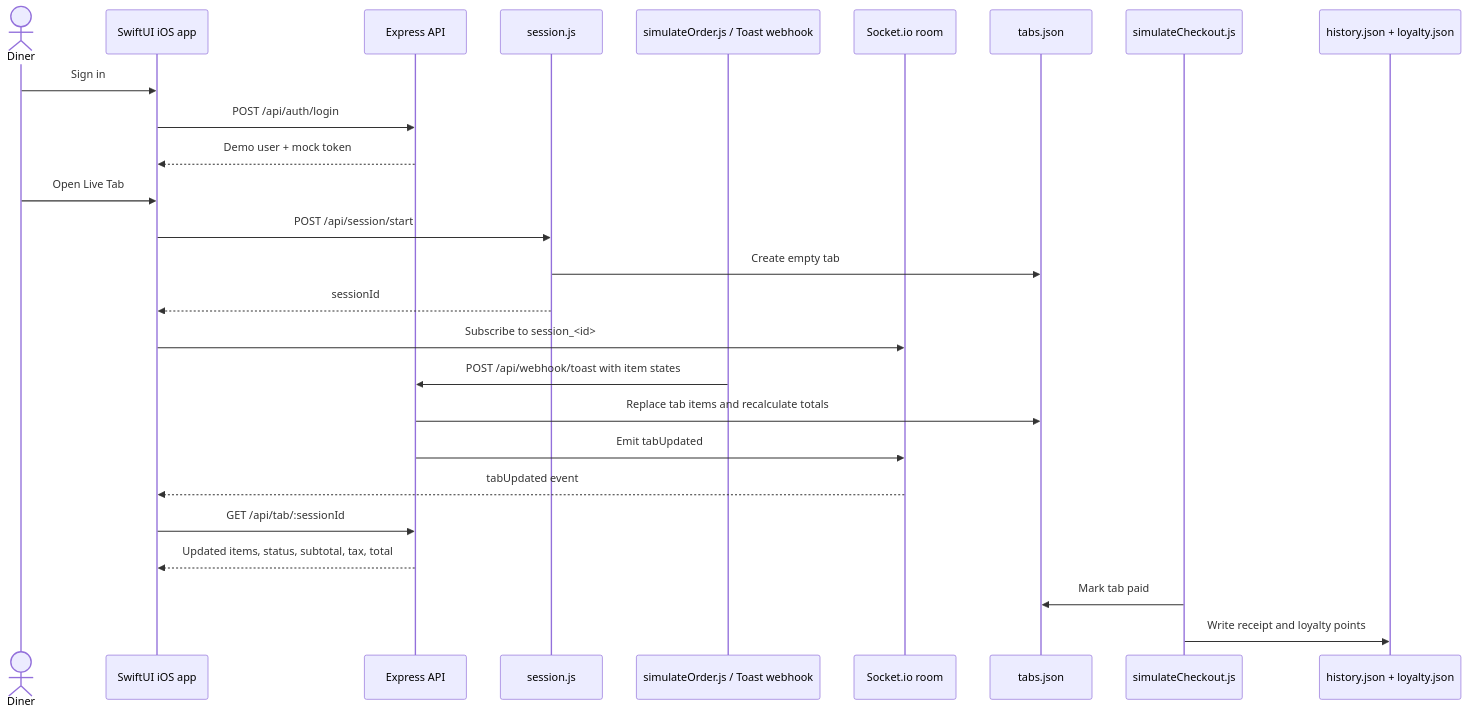
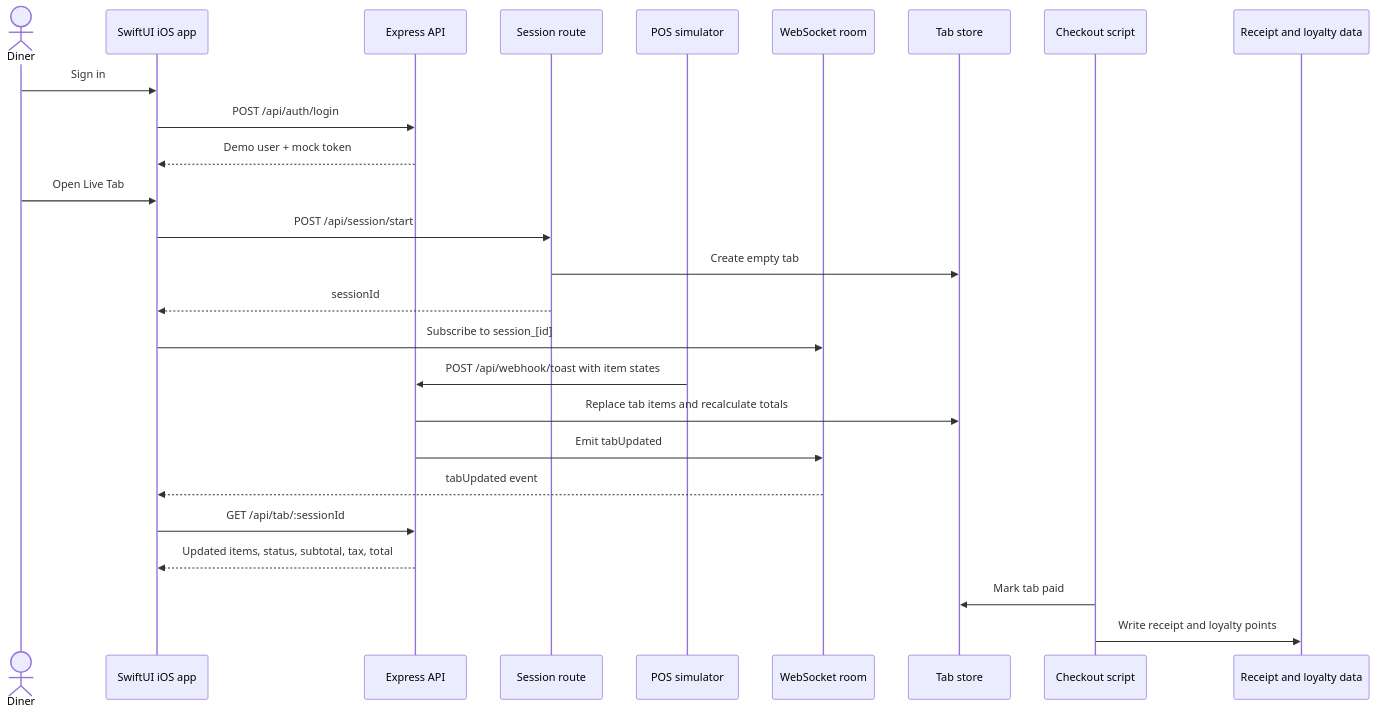
Before and after one commit to ebilguun03/ozora-capstone-portfolio: the diagram in assets/capstone-experience/ui-ordering/ordering-workflow-implemented.mmd, drawn with Mermaid. The commit also changed 7 other files, not shown here.

Commit message:
Fix live portfolio styling and mermaid rendering

```diff
--- a/assets/capstone-experience/ui-ordering/ordering-workflow-implemented.mmd
+++ b/assets/capstone-experience/ui-ordering/ordering-workflow-implemented.mmd
@@ -1,27 +1,27 @@
 sequenceDiagram
     actor Diner
     participant iOS as SwiftUI iOS app
     participant API as Express API
-    participant Session as session.js
-    participant POS as simulateOrder.js / Toast webhook
-    participant WS as Socket.io room
-    participant Tab as tabs.json
-    participant Checkout as simulateCheckout.js
-    participant History as history.json + loyalty.json
+    participant Session as Session route
+    participant POS as POS simulator
+    participant WS as WebSocket room
+    participant Tab as Tab store
+    participant Checkout as Checkout script
+    participant History as Receipt and loyalty data
 
     Diner->>iOS: Sign in
     iOS->>API: POST /api/auth/login
     API-->>iOS: Demo user + mock token
     Diner->>iOS: Open Live Tab
     iOS->>Session: POST /api/session/start
     Session->>Tab: Create empty tab
     Session-->>iOS: sessionId
-    iOS->>WS: Subscribe to session_<id>
+    iOS->>WS: Subscribe to session_[id]
     POS->>API: POST /api/webhook/toast with item states
     API->>Tab: Replace tab items and recalculate totals
     API->>WS: Emit tabUpdated
     WS-->>iOS: tabUpdated event
     iOS->>API: GET /api/tab/:sessionId
     API-->>iOS: Updated items, status, subtotal, tax, total
     Checkout->>Tab: Mark tab paid
     Checkout->>History: Write receipt and loyalty points
```
